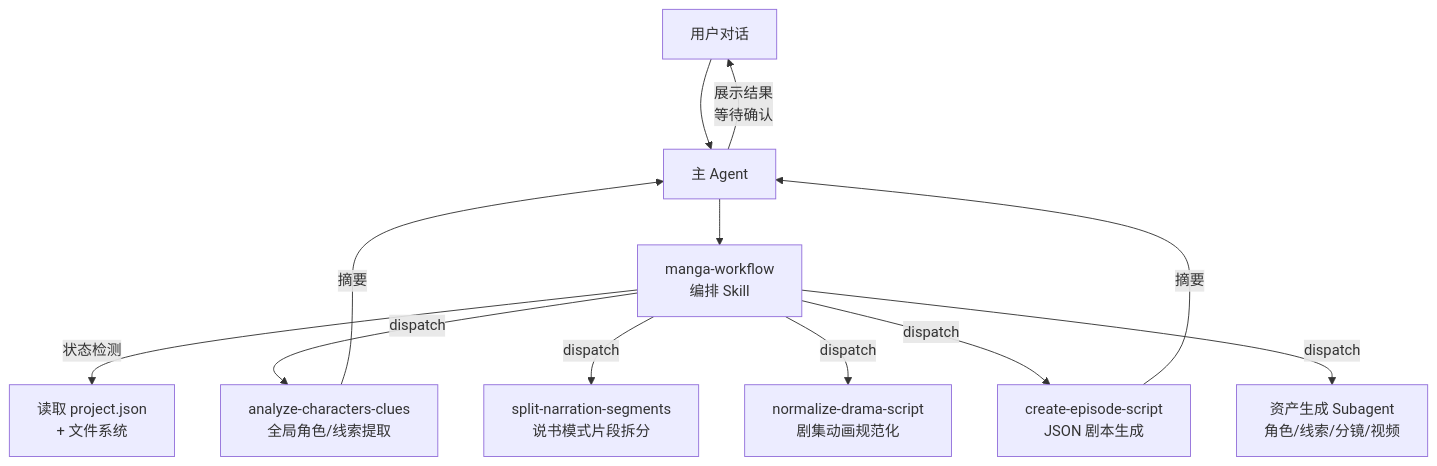
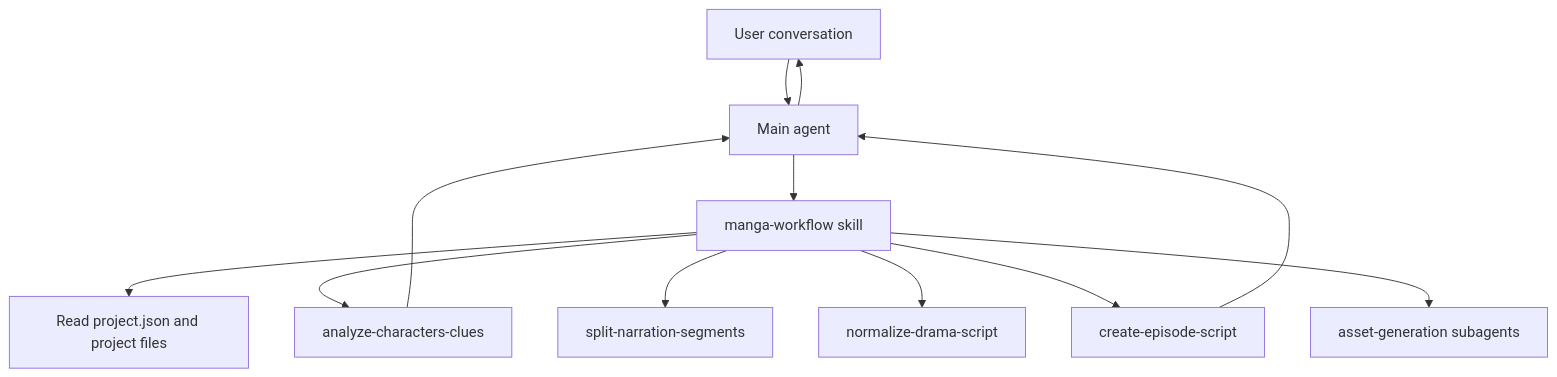
The second of 2 diagrams in README.md (dragon1309/ArcReelEn), drawn with Mermaid before and after one commit. The commit also changed other lines of this file and 21 other files, not shown here.

````diff
--- a/README.md
+++ b/README.md
@@ -200,14 +169,14 @@
 ```mermaid
 flowchart TD
-    User["用户对话"] --> Main["主 Agent"]
-    Main --> MW["manga-workflow<br/>编排 Skill"]
-    MW -->|"状态检测"| PJ["读取 project.json<br/>+ 文件系统"]
-    MW -->|"dispatch"| SA1["analyze-characters-clues<br/>全局角色/线索提取"]
-    MW -->|"dispatch"| SA2["split-narration-segments<br/>说书模式片段拆分"]
-    MW -->|"dispatch"| SA3["normalize-drama-script<br/>剧集动画规范化"]
-    MW -->|"dispatch"| SA4["create-episode-script<br/>JSON 剧本生成"]
-    MW -->|"dispatch"| SA5["资产生成 Subagent<br/>角色/线索/分镜/视频"]
-    SA1 -->|"摘要"| Main
-    SA4 -->|"摘要"| Main
-    Main -->|"展示结果<br/>等待确认"| User
+    User[User conversation] --> Main[Main agent]
+    Main --> Workflow[manga-workflow skill]
+    Workflow --> State[Read project.json and project files]
+    Workflow --> Characters[analyze-characters-clues]
+    Workflow --> Narration[split-narration-segments]
+    Workflow --> Drama[normalize-drama-script]
+    Workflow --> Script[create-episode-script]
+    Workflow --> Assets[asset-generation subagents]
+    Characters --> Main
+    Script --> Main
+    Main --> User
 ```
````
